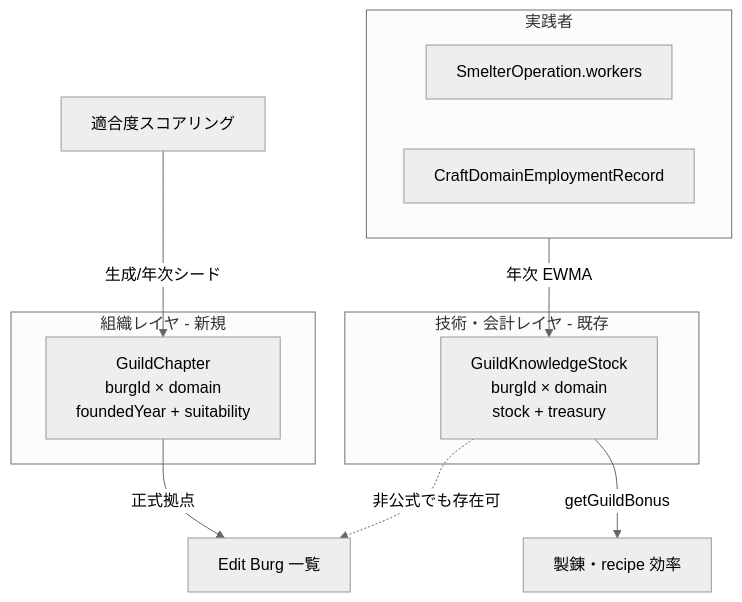
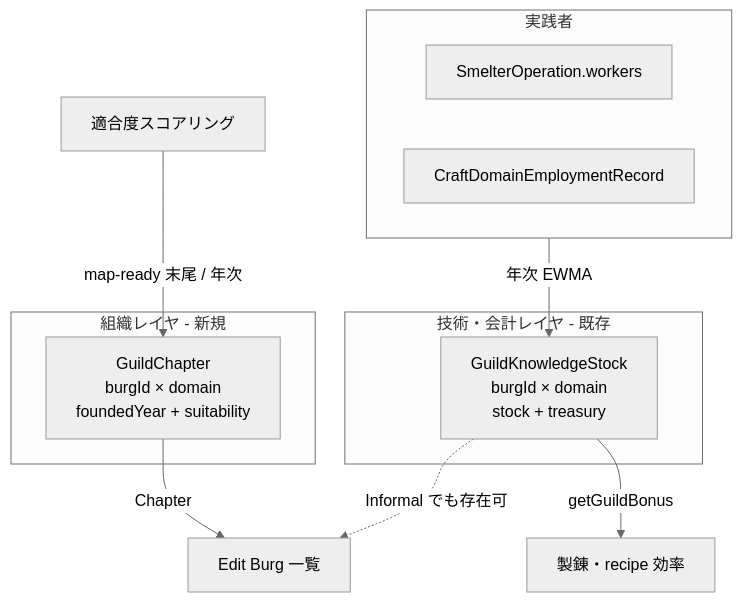
Before and after one commit to hywork2008/Fantasy-Map-Generator: the first of 2 diagrams in docs/plan/guild-city-bases.md, drawn with Mermaid (neutral theme). The commit also changed other lines of this file and 1 other file, not shown here.

Commit message:
docs: add guild city bases planning document to changelog and project roadmap

````diff
--- a/docs/plan/guild-city-bases.md
+++ b/docs/plan/guild-city-bases.md
@@ -89,21 +107,21 @@
 ```mermaid
 flowchart TB
   subgraph practitioners [実践者]
     S[SmelterOperation.workers]
     C[CraftDomainEmploymentRecord]
   end
 
   subgraph tech [技術・会計レイヤ - 既存]
     GKS[GuildKnowledgeStock<br/>burgId × domain<br/>stock + treasury]
   end
 
   subgraph org [組織レイヤ - 新規]
     GC[GuildChapter<br/>burgId × domain<br/>foundedYear + suitability]
   end
 
   practitioners -->|年次 EWMA| GKS
-  Suit[適合度スコアリング] -->|生成/年次シード| GC
-  GKS -.->|非公式でも存在可| UI[Edit Burg 一覧]
-  GC -->|正式拠点| UI
+  Suit[適合度スコアリング] -->|map-ready 末尾 / 年次| GC
+  GKS -.->|Informal でも存在可| UI[Edit Burg 一覧]
+  GC -->|Chapter| UI
   GKS -->|getGuildBonus| Prod[製錬・recipe 効率]
 ```
````
